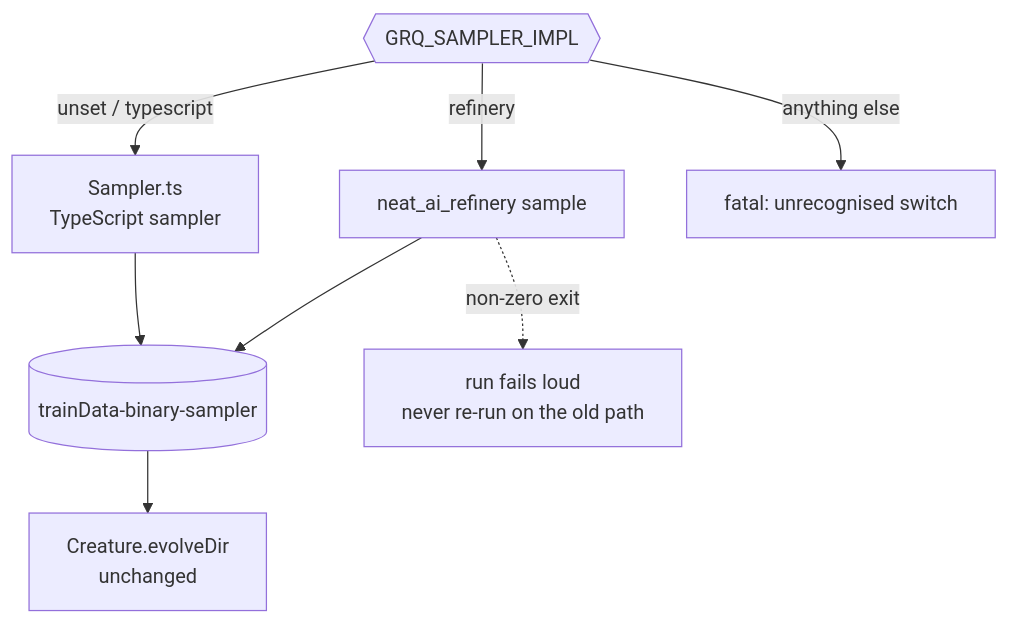
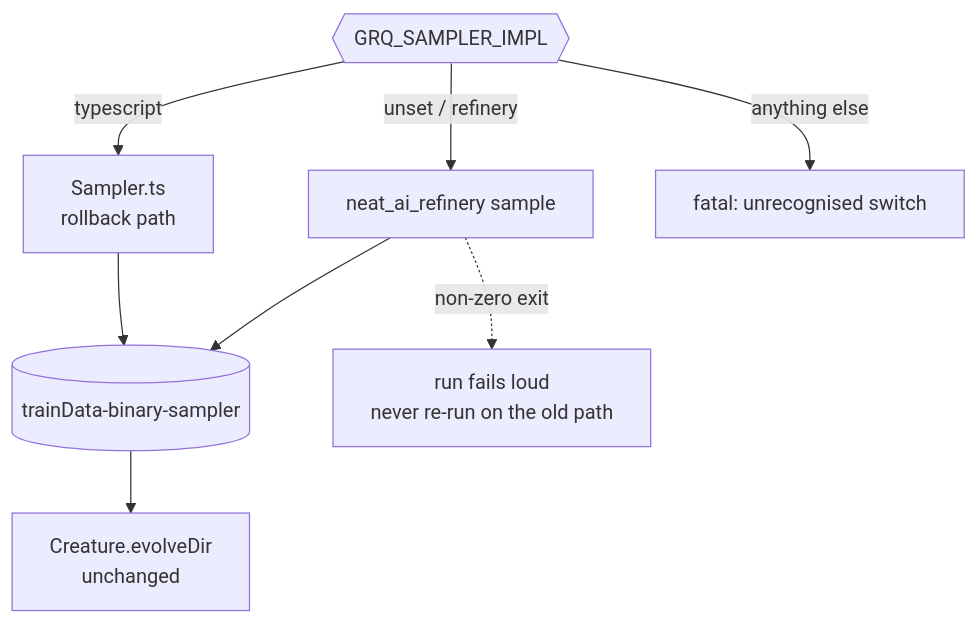
The diagram in docs/grq-integration.md (stSoftwareAU/NEAT-AI-Refinery), drawn with Mermaid before and after one commit. The commit also changed other lines of this file and 20 other files, not shown here.

First line of the commit message:
🏭 Production soak and cut over GRQ materialised sampling to Refinery (Issue #8) (#30)

````diff
--- a/docs/grq-integration.md
+++ b/docs/grq-integration.md
@@ -24,10 +29,10 @@
 ```mermaid
 flowchart TD
-    S{{GRQ_SAMPLER_IMPL}} -->|unset / typescript| T[Sampler.ts<br/>TypeScript sampler]
-    S -->|refinery| R[neat_ai_refinery sample]
+    S{{GRQ_SAMPLER_IMPL}} -->|unset / refinery| R[neat_ai_refinery sample]
+    S -->|typescript| T[Sampler.ts<br/>rollback path]
     S -->|anything else| X[fatal: unrecognised switch]
     T --> L[(trainData-binary-sampler)]
     R --> L
     L --> E[Creature.evolveDir<br/>unchanged]
     R -.->|non-zero exit| F[run fails loud<br/>never re-run on the old path]
 ```
````
